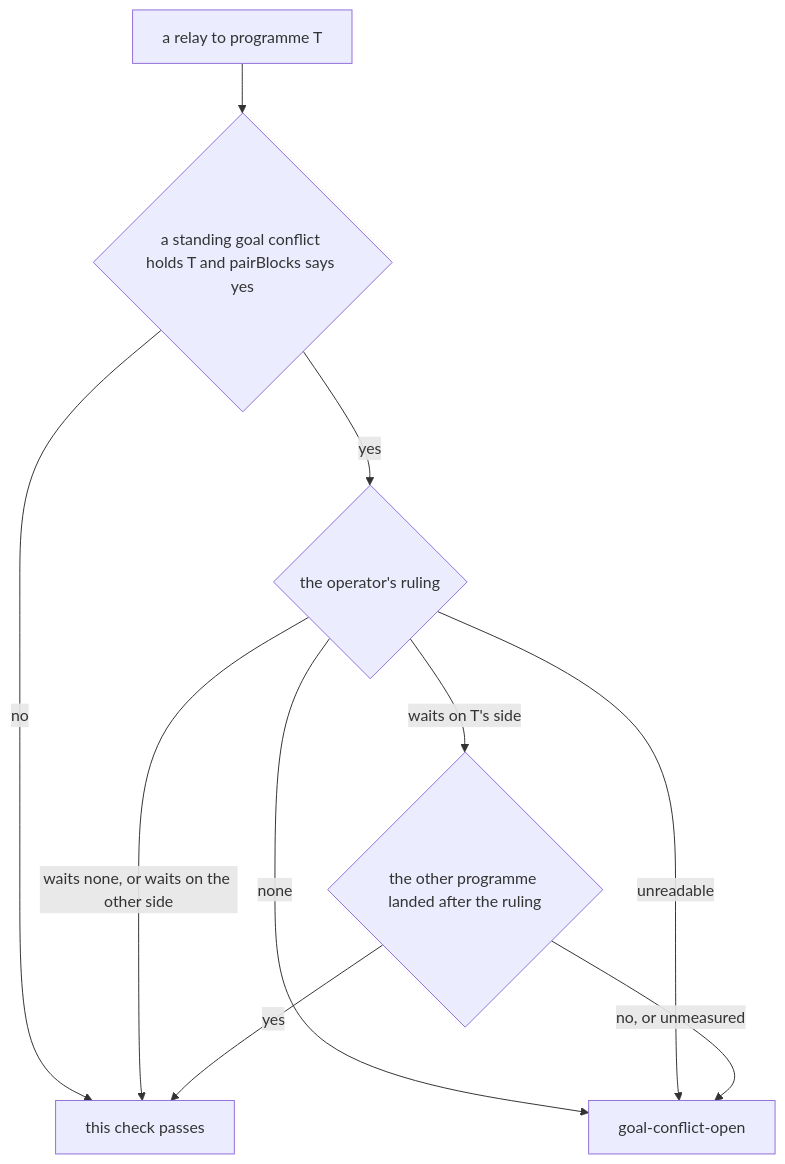
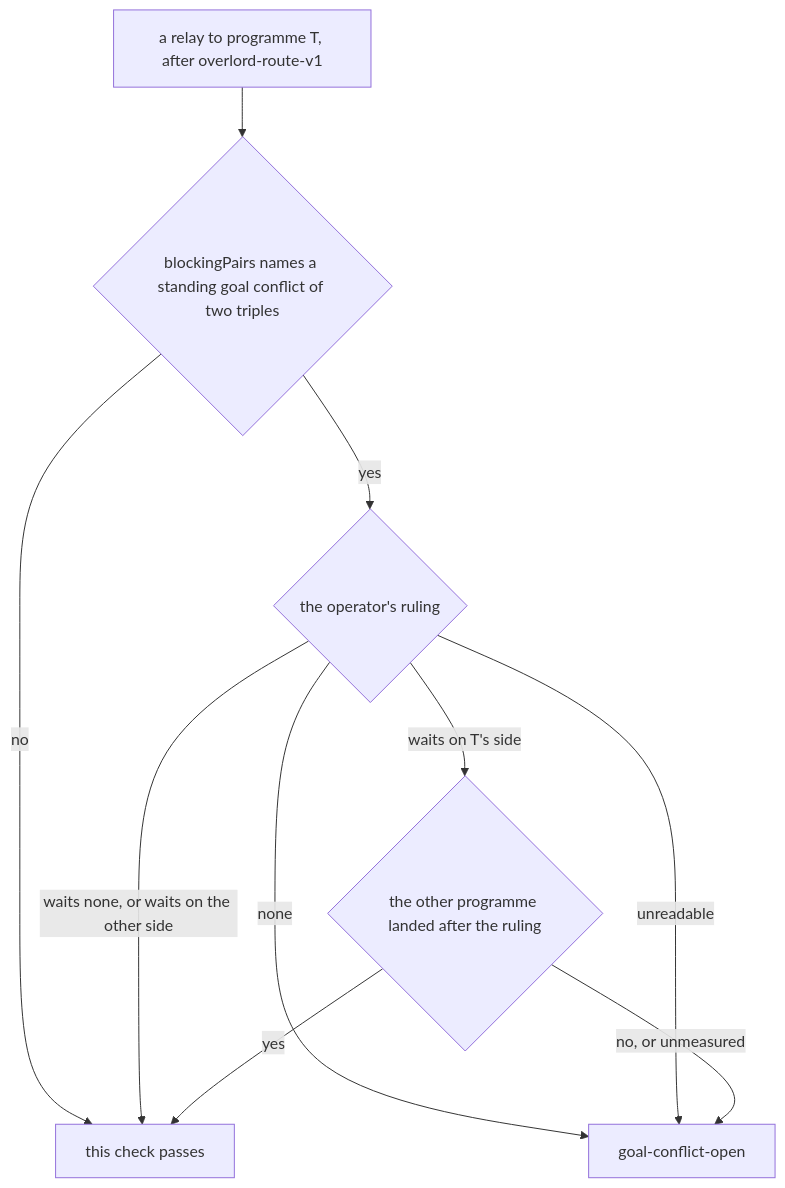
One commit to Synapsium-Labs/ccrc-pwa changed the third of 3 diagrams in docs/superpowers/plans/2026-11-16-overlord-w2/w2-overlaps.md. Above: the diagram before and after it, drawn with Mermaid. The commit also changed other lines of this file, not shown here.

First line of the commit message:
docs(plan): overlaps plan fix round 1, the stricter goal-conflict signal and the review's table fixes

````diff
--- a/docs/superpowers/plans/2026-11-16-overlord-w2/w2-overlaps.md
+++ b/docs/superpowers/plans/2026-11-16-overlord-w2/w2-overlaps.md
@@ -1109,12 +1382,12 @@
 ```mermaid
 flowchart TD
-  R["a relay to programme T"] --> B{"a standing goal conflict holds T and pairBlocks says yes"}
+  R["a relay to programme T, after overlord-route-v1"] --> B{"blockingPairs names a standing goal conflict of two triples"}
   B -- no --> OK["this check passes"]
   B -- yes --> U{"the operator's ruling"}
   U -- none --> REF["goal-conflict-open"]
   U -- unreadable --> REF
   U -- "waits none, or waits on the other side" --> OK
   U -- "waits on T's side" --> L{"the other programme landed after the ruling"}
   L -- yes --> OK
   L -- "no, or unmeasured" --> REF
 ```
````
